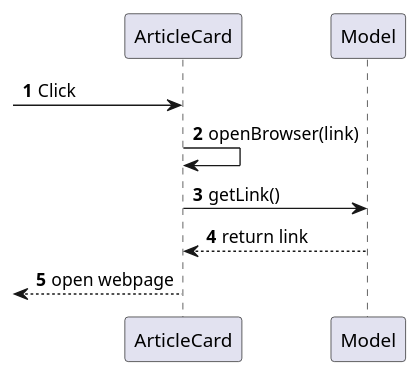
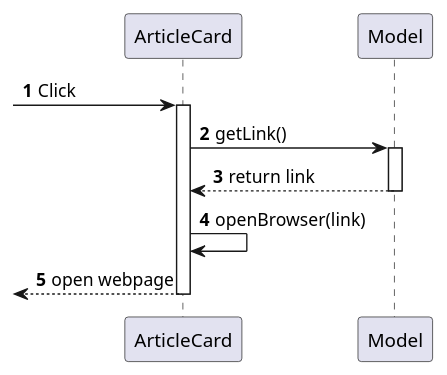
Before and after one commit to bennyLCK/tp: the diagram in docs/diagrams/LinkSequenceDiagram.puml, drawn with PlantUML.

Commit message:
Fix uml diagram

```diff
--- a/docs/diagrams/LinkSequenceDiagram.puml
+++ b/docs/diagrams/LinkSequenceDiagram.puml
@@ -1,11 +1,17 @@
 @startuml
 'https://plantuml.com/sequence-diagram
 
 autonumber
 
 {User} -> ArticleCard : Click
+Activate ArticleCard
+
+ArticleCard -> Model : getLink()
+Activate Model
+Model --> ArticleCard : return link
+deactivate Model
+
 ArticleCard -> ArticleCard : openBrowser(link)
-ArticleCard -> Model : getLink()
-Model --> ArticleCard : return link
 [<-- ArticleCard : open webpage
+deactivate ArticleCard
 @enduml
```
